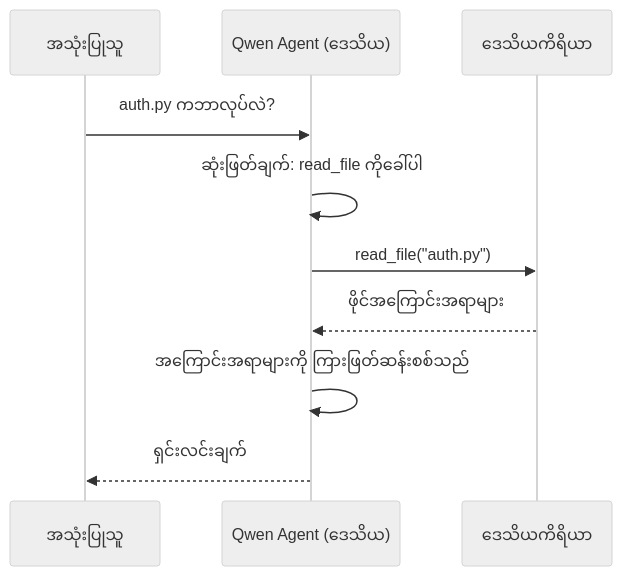
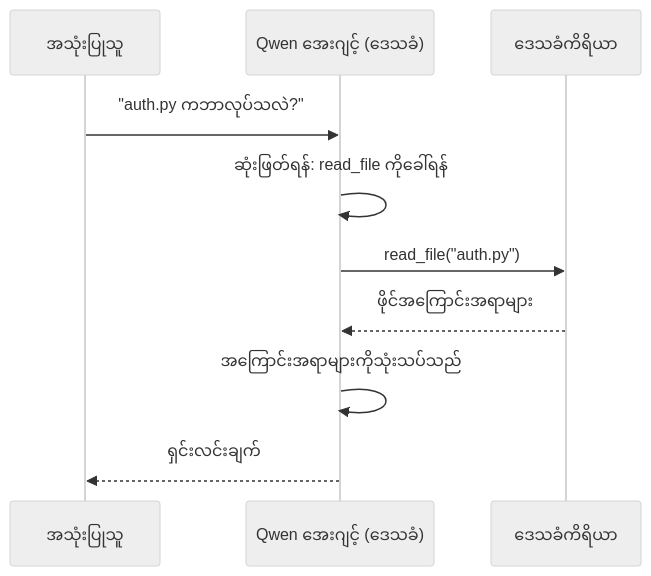
The second of 4 diagrams in translations/my/17-creating-local-ai-agents/README.md (microsoft/ai-agents-for-beginners), drawn with Mermaid (neutral theme) before and after one commit. The commit also changed other lines of this file and 45 other files, not shown here.

````diff
--- a/translations/my/17-creating-local-ai-agents/README.md
+++ b/translations/my/17-creating-local-ai-agents/README.md
@@ -106,12 +106,12 @@
 ```mermaid
 sequenceDiagram
     participant U as အသုံးပြုသူ
-    participant A as Qwen Agent (ဒေသိယ)
-    participant T as ဒေသိယကိရိယာ
-    U->>A: auth.py ကဘာလုပ်လဲ?
-    A->>A: ဆုံးဖြတ်ချက်: read_file ကိုခေါ်ပါ
+    participant A as Qwen အေးဂျင့် (ဒေသခံ)
+    participant T as ဒေသခံကိရိယာ
+    U->>A: "auth.py ကဘာလုပ်သလဲ?"
+    A->>A: ဆုံးဖြတ်ရန်: read_file ကိုခေါ်ရန်
     A->>T: read_file("auth.py")
     T-->>A: ဖိုင်အကြောင်းအရာများ
-    A->>A: အကြောင်းအရာများကို ကြားဖြတ်ဆန်းစစ်သည်
+    A->>A: အကြောင်းအရာများကိုသုံးသပ်သည်
     A-->>U: ရှင်းလင်းချက်
 ```
````
